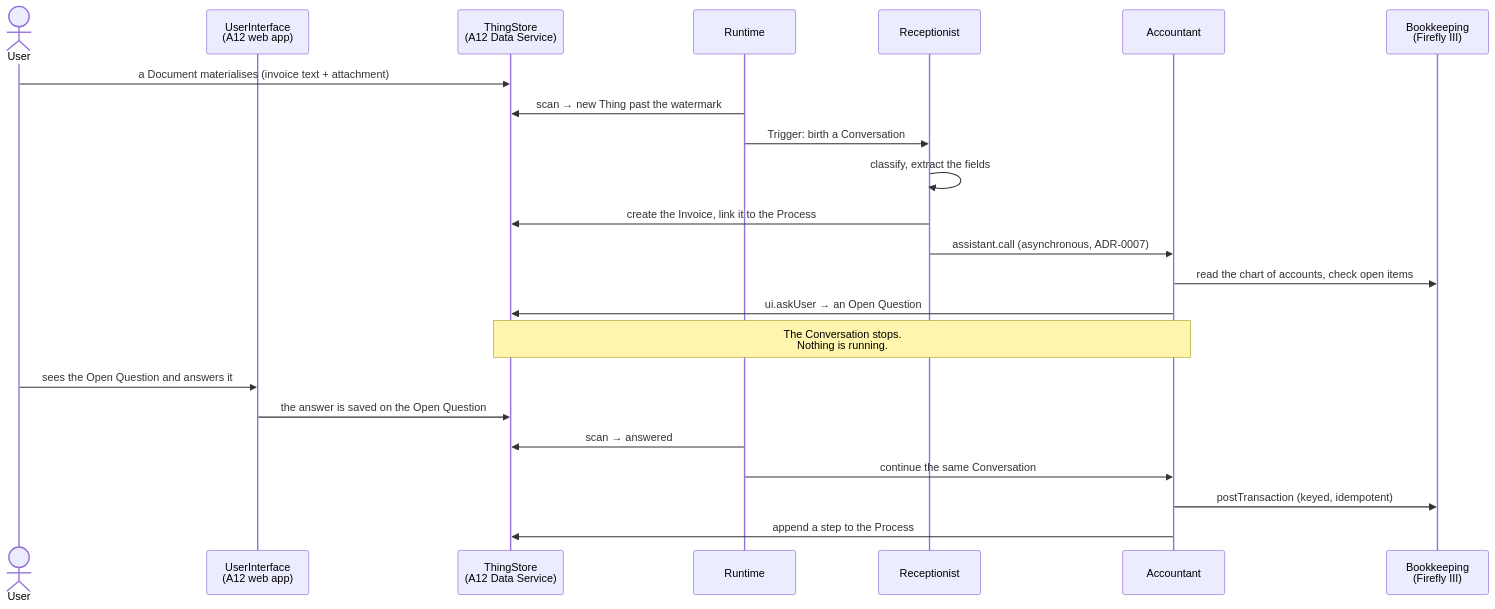
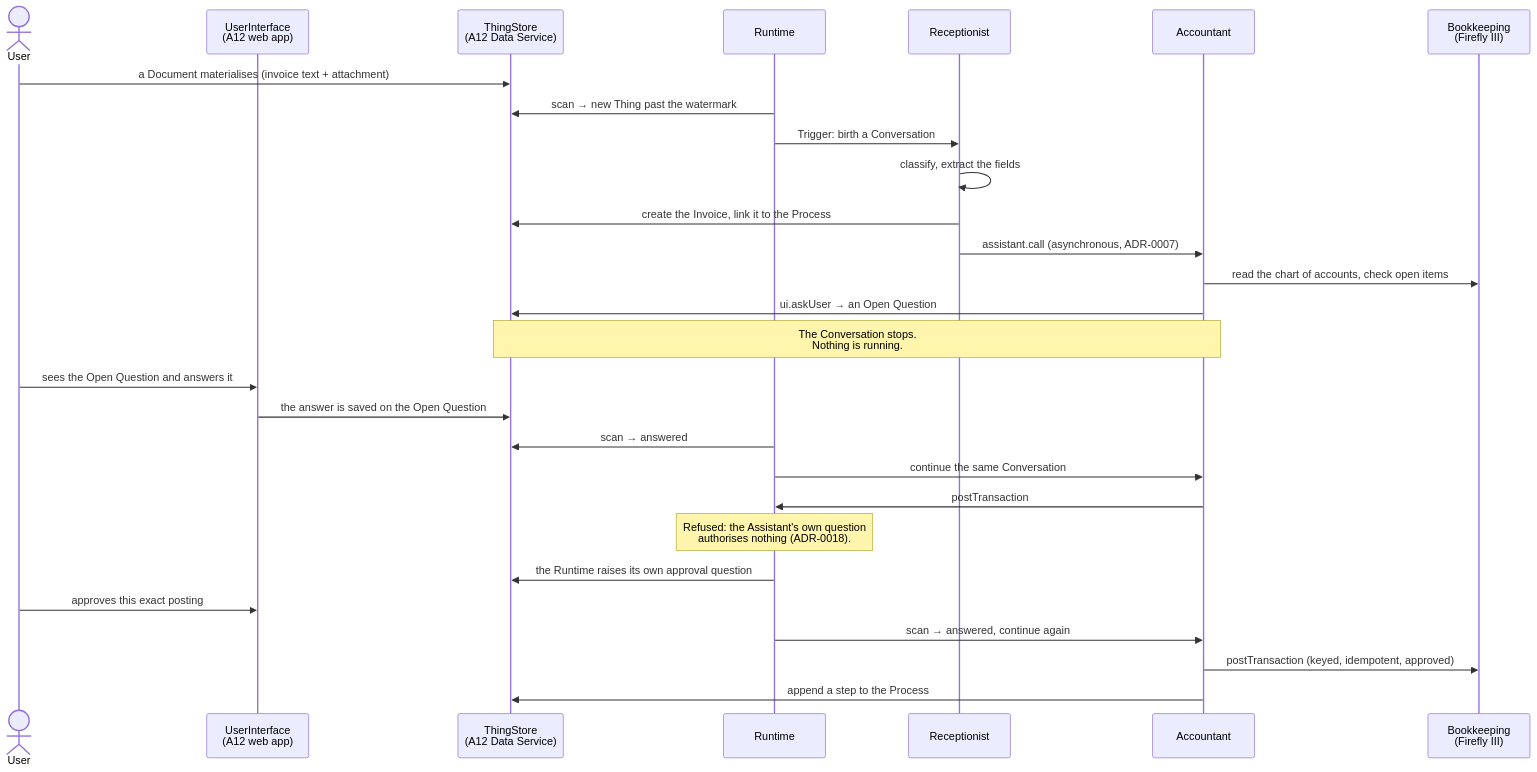
One commit to tillg/assistants changed the second of 2 diagrams in README.md. Above: the diagram before and after it, drawn with Mermaid. The commit also changed other lines of this file and 42 other files, not shown here.

First line of the commit message:
feat: nothing is booked without an approval, a Schedule fires, and a Turn records its cost

````diff
--- a/README.md
+++ b/README.md
@@ -108,26 +111,31 @@
 ```mermaid
 sequenceDiagram
     actor U as User
     participant UI as UserInterface<br/>(A12 web app)
     participant TS as ThingStore<br/>(A12 Data Service)
     participant RT as Runtime
     participant R as Receptionist
     participant A as Accountant
     participant BK as Bookkeeping<br/>(Firefly III)
 
     U->>TS: a Document materialises (invoice text + attachment)
     RT->>TS: scan → new Thing past the watermark
     RT->>R: Trigger: birth a Conversation
     R->>R: classify, extract the fields
     R->>TS: create the Invoice, link it to the Process
     R->>A: assistant.call (asynchronous, ADR-0007)
     A->>BK: read the chart of accounts, check open items
     A->>TS: ui.askUser → an Open Question
     Note over A,TS: The Conversation stops.<br/>Nothing is running.
     U->>UI: sees the Open Question and answers it
     UI->>TS: the answer is saved on the Open Question
     RT->>TS: scan → answered
     RT->>A: continue the same Conversation
-    A->>BK: postTransaction (keyed, idempotent)
+    A->>RT: postTransaction
+    Note over RT: Refused: the Assistant's own question<br/>authorises nothing (ADR-0018).
+    RT->>TS: the Runtime raises its own approval question
+    U->>UI: approves this exact posting
+    RT->>A: scan → answered, continue again
+    A->>BK: postTransaction (keyed, idempotent, approved)
     A->>TS: append a step to the Process
 ```
````
